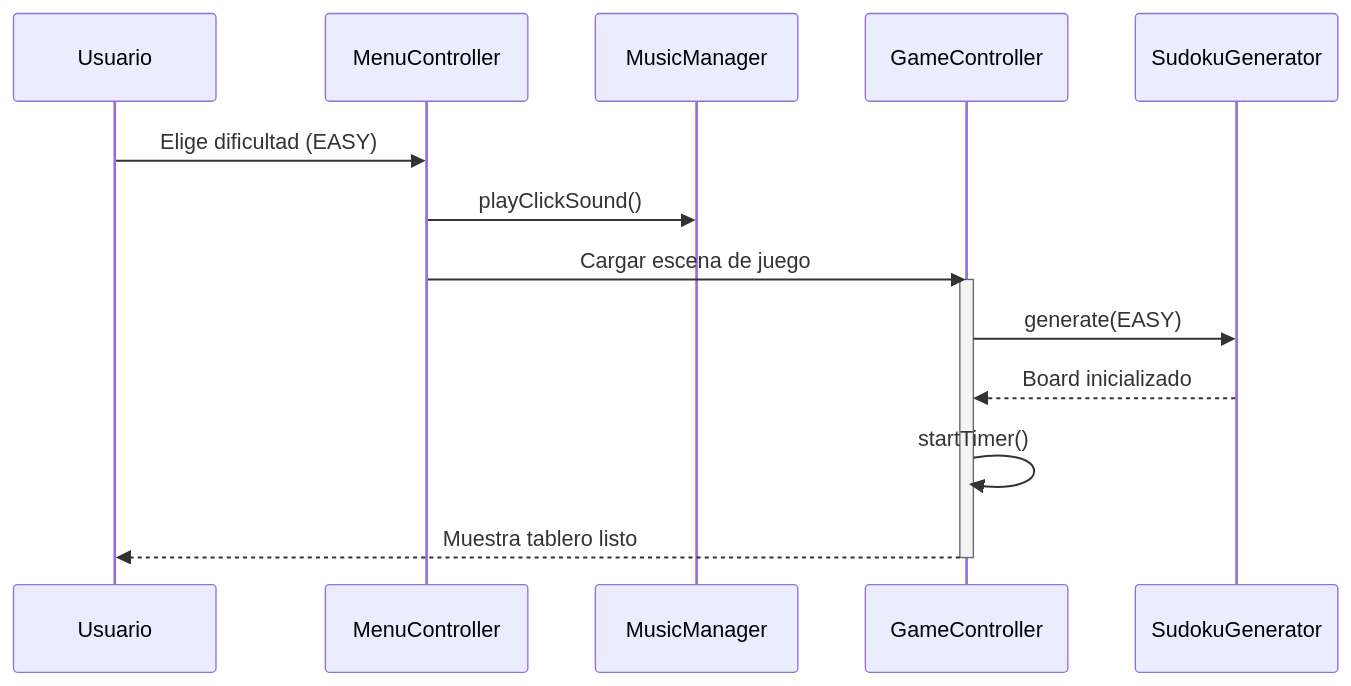
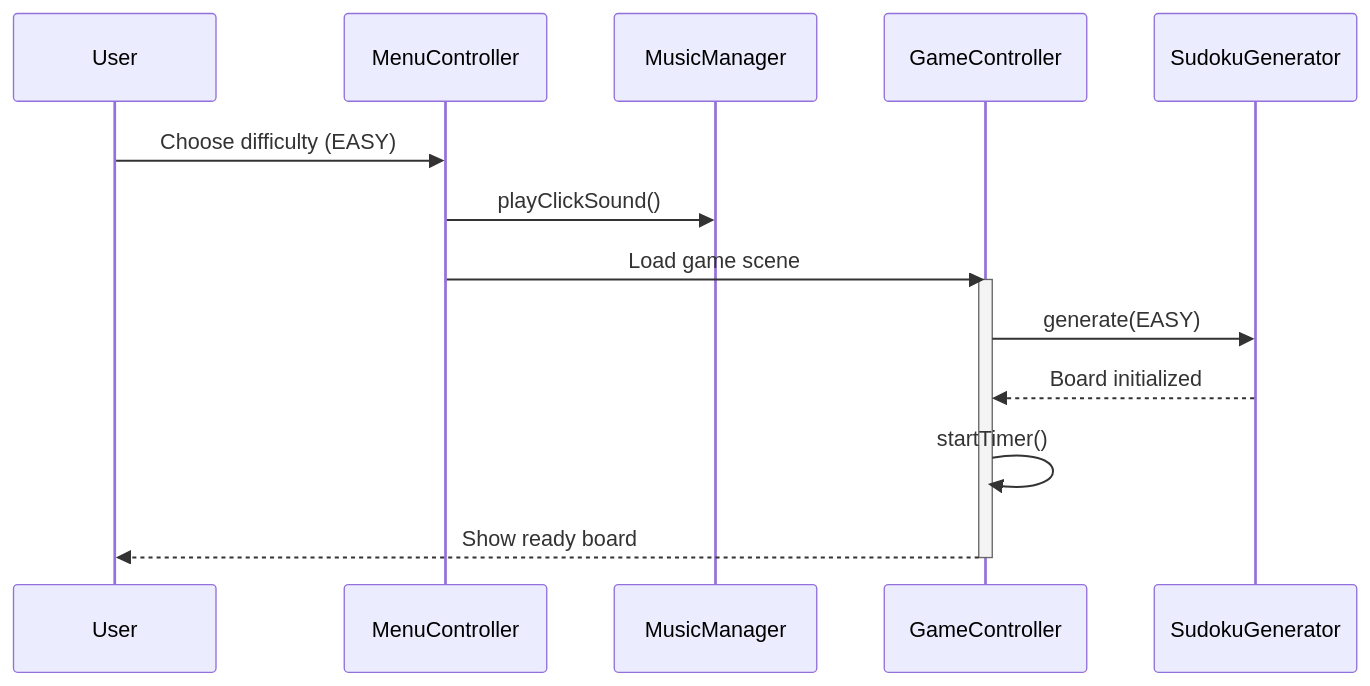
The third of 6 diagrams in docs/DESIGN.md (LastraMigue/Videogame-SUDOKU), drawn with Mermaid before and after one commit. The commit also changed other lines of this file, not shown here.

Commit message:
docs: translated all Mermaid diagrams to English in DESIGN.md

````diff
--- a/docs/DESIGN.md
+++ b/docs/DESIGN.md
@@ -90,18 +90,18 @@
 ```mermaid
 sequenceDiagram
-    participant U as Usuario
+    participant U as User
     participant M as MenuController
     participant S as MusicManager
     participant G as GameController
     participant Gen as SudokuGenerator
 
-    U->>M: Elige dificultad (EASY)
+    U->>M: Choose difficulty (EASY)
     M->>S: playClickSound()
-    M->>G: Cargar escena de juego
+    M->>G: Load game scene
     activate G
     G->>Gen: generate(EASY)
-    Gen-->>G: Board inicializado
+    Gen-->>G: Board initialized
     G->>G: startTimer()
-    G-->>U: Muestra tablero listo
+    G-->>U: Show ready board
     deactivate G
 ```
````
